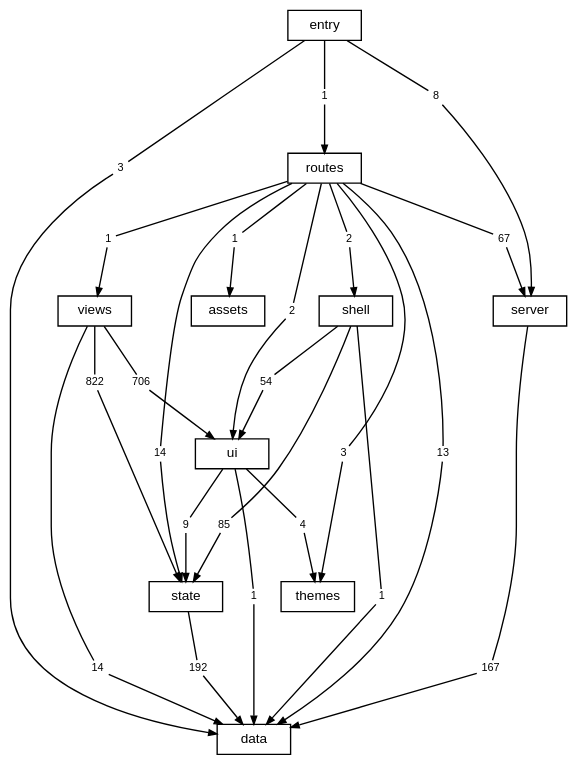
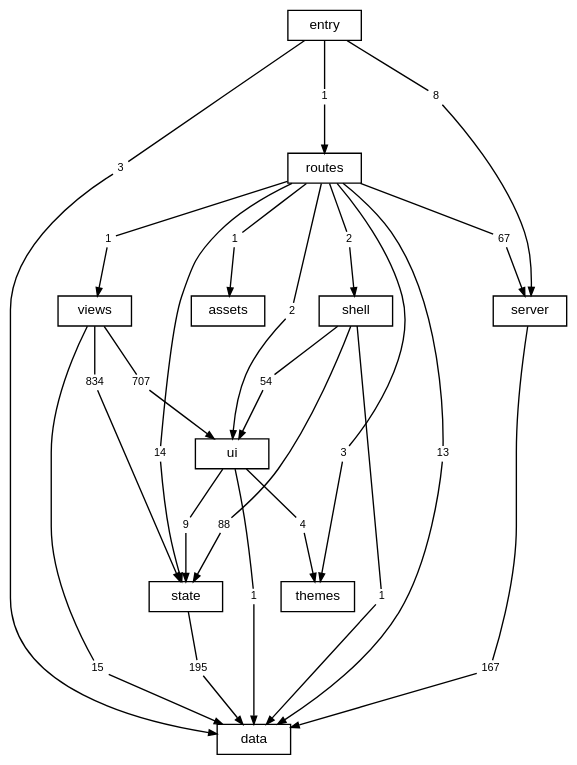
One commit to TheAxeC/oculus changed the diagram in docs/diagrams/layers.dot. Above: the diagram before and after it, drawn with Graphviz. The commit also changed 108 other files, not shown here.

```diff
--- a/docs/diagrams/layers.dot
+++ b/docs/diagrams/layers.dot
@@ -1,81 +1,81 @@
 digraph layers {
     graph [bgcolor="transparent", rankdir=TB, newrank=true, fontname="Helvetica,Arial,sans-serif", fontsize=12, nodesep=0.2, ranksep=0.5];
     node [shape=box, color="black", fontcolor="black", fontname="Helvetica,Arial,sans-serif", fontsize=10, height=0.3, margin="0.12,0.04"];
     edge [color="black", fontcolor="black", fontname="Helvetica,Arial,sans-serif", fontsize=8, arrowsize=0.6];
     "data";
     "server";
     "state";
     "ui";
     "shell";
     "views";
     "themes";
     "routes";
     "src" [label="entry"];
     "files: assets" [label="assets"];
     "routes to data" [label="13", shape=box, color="transparent", fontsize=8, width=0, height=0, margin="0.04,0.02"];
     "routes" -> "routes to data" [arrowhead=none];
     "routes to data" -> "data" [];
     "routes to files: assets" [label="1", shape=box, color="transparent", fontsize=8, width=0, height=0, margin="0.04,0.02"];
     "routes" -> "routes to files: assets" [arrowhead=none];
     "routes to files: assets" -> "files: assets" [];
     "routes to server" [label="67", shape=box, color="transparent", fontsize=8, width=0, height=0, margin="0.04,0.02"];
     "routes" -> "routes to server" [arrowhead=none];
     "routes to server" -> "server" [];
     "routes to shell" [label="2", shape=box, color="transparent", fontsize=8, width=0, height=0, margin="0.04,0.02"];
     "routes" -> "routes to shell" [arrowhead=none];
     "routes to shell" -> "shell" [];
     "routes to state" [label="14", shape=box, color="transparent", fontsize=8, width=0, height=0, margin="0.04,0.02"];
     "routes" -> "routes to state" [arrowhead=none];
     "routes to state" -> "state" [];
     "routes to themes" [label="3", shape=box, color="transparent", fontsize=8, width=0, height=0, margin="0.04,0.02"];
     "routes" -> "routes to themes" [arrowhead=none];
     "routes to themes" -> "themes" [];
     "routes to ui" [label="2", shape=box, color="transparent", fontsize=8, width=0, height=0, margin="0.04,0.02"];
     "routes" -> "routes to ui" [arrowhead=none];
     "routes to ui" -> "ui" [];
     "routes to views" [label="1", shape=box, color="transparent", fontsize=8, width=0, height=0, margin="0.04,0.02"];
     "routes" -> "routes to views" [arrowhead=none];
     "routes to views" -> "views" [];
     "server to data" [label="167", shape=box, color="transparent", fontsize=8, width=0, height=0, margin="0.04,0.02"];
     "server" -> "server to data" [arrowhead=none];
     "server to data" -> "data" [];
     "shell to data" [label="1", shape=box, color="transparent", fontsize=8, width=0, height=0, margin="0.04,0.02"];
     "shell" -> "shell to data" [arrowhead=none];
     "shell to data" -> "data" [];
-    "shell to state" [label="85", shape=box, color="transparent", fontsize=8, width=0, height=0, margin="0.04,0.02"];
+    "shell to state" [label="88", shape=box, color="transparent", fontsize=8, width=0, height=0, margin="0.04,0.02"];
     "shell" -> "shell to state" [arrowhead=none];
     "shell to state" -> "state" [];
     "shell to ui" [label="54", shape=box, color="transparent", fontsize=8, width=0, height=0, margin="0.04,0.02"];
     "shell" -> "shell to ui" [arrowhead=none];
     "shell to ui" -> "ui" [];
     "src to data" [label="3", shape=box, color="transparent", fontsize=8, width=0, height=0, margin="0.04,0.02"];
     "src" -> "src to data" [arrowhead=none];
     "src to data" -> "data" [];
     "src to routes" [label="1", shape=box, color="transparent", fontsize=8, width=0, height=0, margin="0.04,0.02"];
     "src" -> "src to routes" [arrowhead=none];
     "src to routes" -> "routes" [];
     "src to server" [label="8", shape=box, color="transparent", fontsize=8, width=0, height=0, margin="0.04,0.02"];
     "src" -> "src to server" [arrowhead=none];
     "src to server" -> "server" [];
-    "state to data" [label="192", shape=box, color="transparent", fontsize=8, width=0, height=0, margin="0.04,0.02"];
+    "state to data" [label="195", shape=box, color="transparent", fontsize=8, width=0, height=0, margin="0.04,0.02"];
     "state" -> "state to data" [arrowhead=none];
     "state to data" -> "data" [];
     "ui to data" [label="1", shape=box, color="transparent", fontsize=8, width=0, height=0, margin="0.04,0.02"];
     "ui" -> "ui to data" [arrowhead=none];
     "ui to data" -> "data" [];
     "ui to state" [label="9", shape=box, color="transparent", fontsize=8, width=0, height=0, margin="0.04,0.02"];
     "ui" -> "ui to state" [arrowhead=none];
     "ui to state" -> "state" [];
     "ui to themes" [label="4", shape=box, color="transparent", fontsize=8, width=0, height=0, margin="0.04,0.02"];
     "ui" -> "ui to themes" [arrowhead=none];
     "ui to themes" -> "themes" [];
-    "views to data" [label="14", shape=box, color="transparent", fontsize=8, width=0, height=0, margin="0.04,0.02"];
+    "views to data" [label="15", shape=box, color="transparent", fontsize=8, width=0, height=0, margin="0.04,0.02"];
     "views" -> "views to data" [arrowhead=none];
     "views to data" -> "data" [];
-    "views to state" [label="822", shape=box, color="transparent", fontsize=8, width=0, height=0, margin="0.04,0.02"];
+    "views to state" [label="834", shape=box, color="transparent", fontsize=8, width=0, height=0, margin="0.04,0.02"];
     "views" -> "views to state" [arrowhead=none];
     "views to state" -> "state" [];
-    "views to ui" [label="706", shape=box, color="transparent", fontsize=8, width=0, height=0, margin="0.04,0.02"];
+    "views to ui" [label="707", shape=box, color="transparent", fontsize=8, width=0, height=0, margin="0.04,0.02"];
     "views" -> "views to ui" [arrowhead=none];
     "views to ui" -> "ui" [];
 }
```
